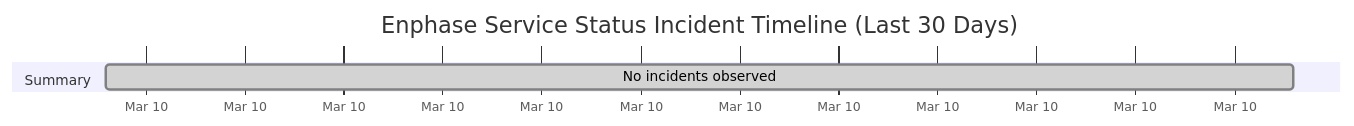
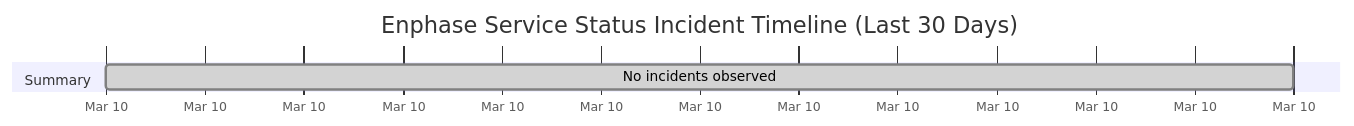
The diagram in wiki/Service-Status-History.md (barneyonline/ha-enphase-ev-charger), drawn with Mermaid before and after one commit. The commit also changed other lines of this file and 3 other files, not shown here.

````diff
--- a/wiki/Service-Status-History.md
+++ b/wiki/Service-Status-History.md
@@ -14,8 +14,8 @@
 ```mermaid
 gantt
     title Enphase Service Status Incident Timeline (Last 30 Days)
     dateFormat  YYYY-MM-DDTHH:mm:ss
     axisFormat  %b %d
     section Summary
-    No incidents observed :done, 2026-03-10T20:23:38, 1m
+    No incidents observed :done, 2026-03-10T21:22:10, 1m
 ```
````
